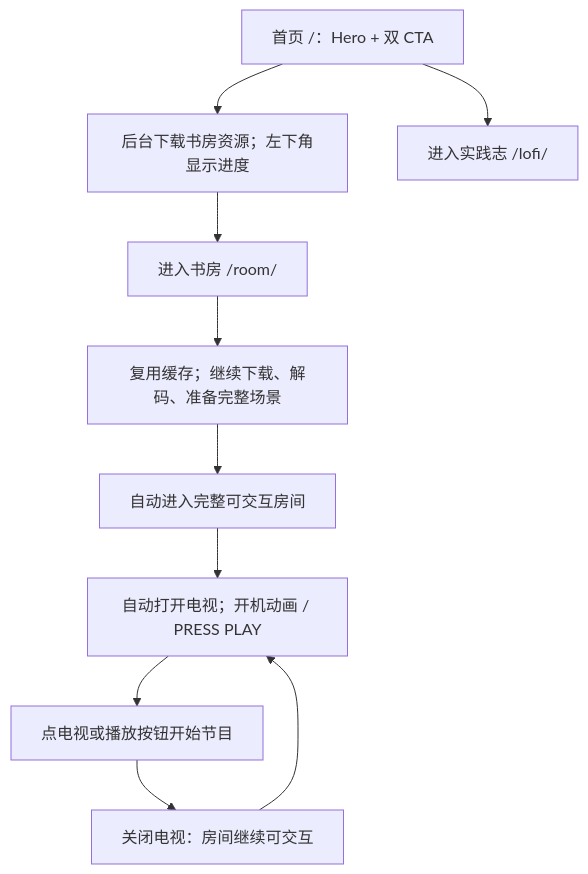
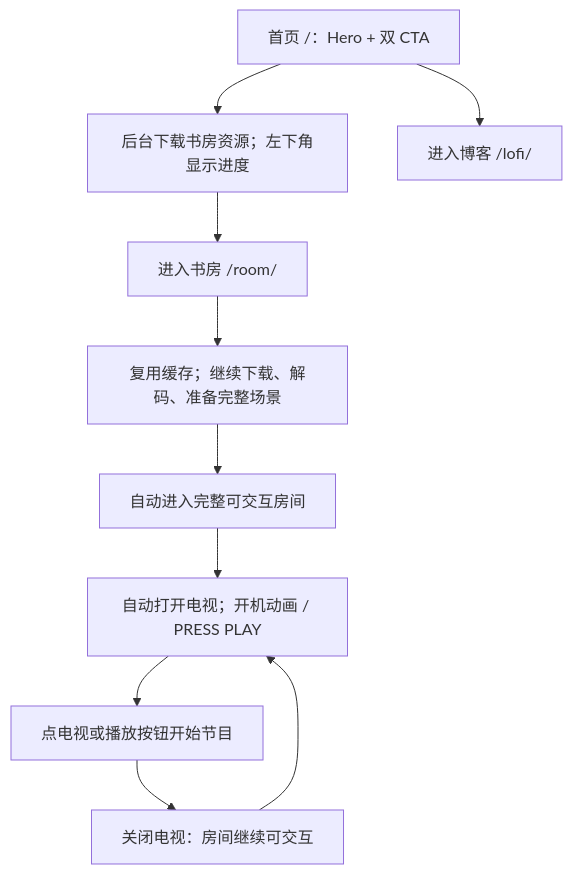
One commit to FerrisEvans/FerrisEvans.github.io changed the diagram in docs/home-room-flow.md. Above: the diagram before and after it, drawn with Mermaid. The commit also changed 6 other files, not shown here.

````diff
--- a/docs/home-room-flow.md
+++ b/docs/home-room-flow.md
@@ -13,12 +13,12 @@
 ```mermaid
 flowchart TD
   Home["首页 /：Hero + 双 CTA"] --> Preload["后台下载书房资源；左下角显示进度"]
-  Home --> Blog["进入实践志 /lofi/"]
+  Home --> Blog["进入博客 /lofi/"]
   Preload --> Enter["进入书房 /room/"]
   Enter --> Prepare["复用缓存；继续下载、解码、准备完整场景"]
   Prepare --> Active["自动进入完整可交互房间"]
   Active --> TV["自动打开电视；开机动画 / PRESS PLAY"]
   TV --> Play["点电视或播放按钮开始节目"]
   Play --> Off["关闭电视：房间继续可交互"]
   Off --> TV
 ```
````
